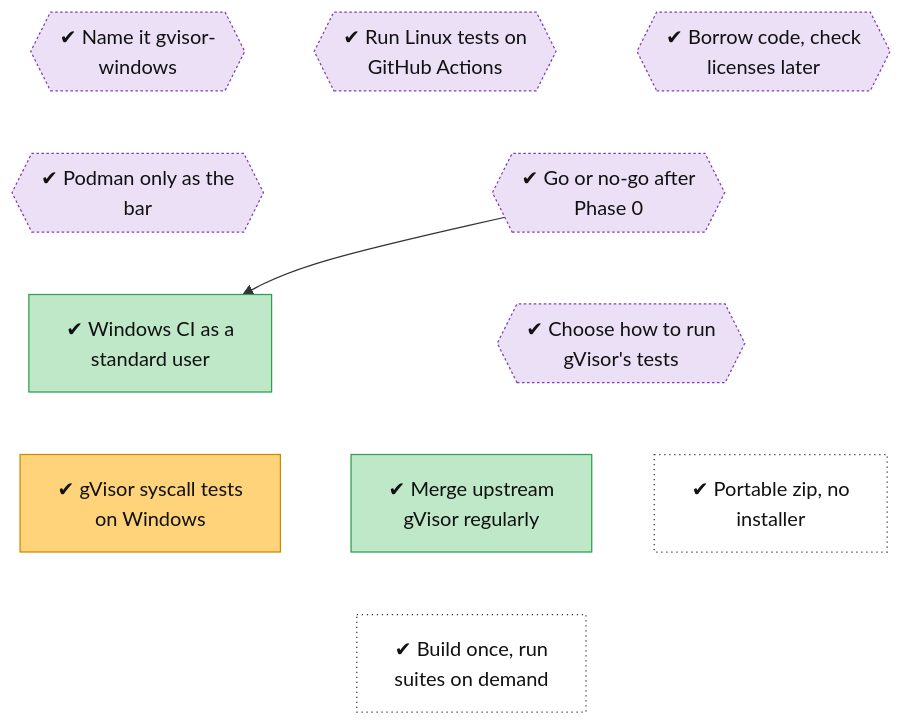
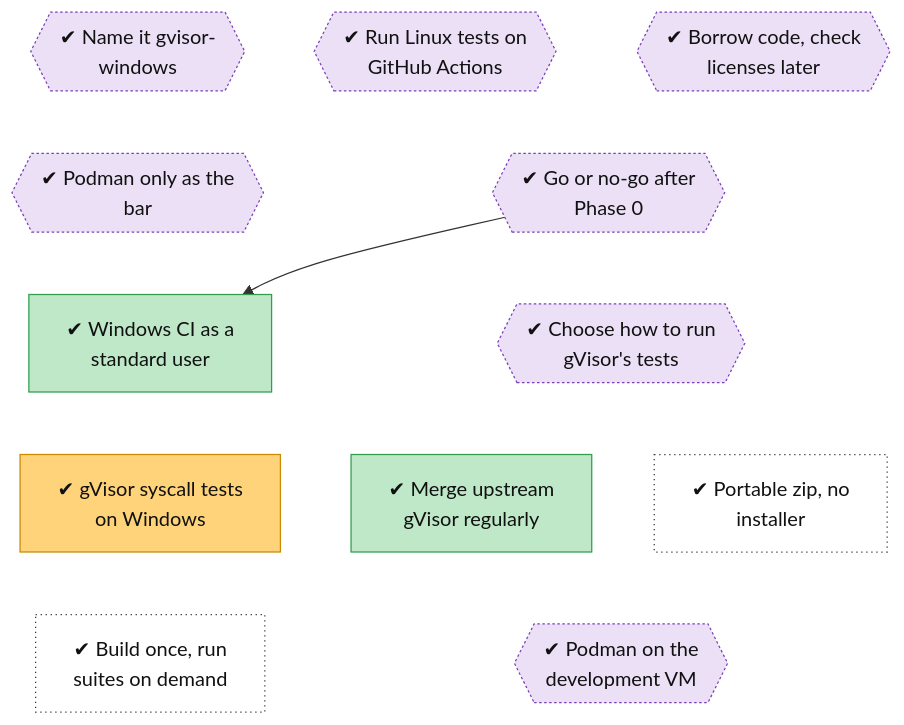
One commit to lhns/gvisor-windows changed the diagram in docs/roadmap/tracks/ops.md. Above: the diagram before and after it, drawn with Mermaid. The commit also changed other lines of this file and 4 other files, not shown here.

First line of the commit message:
Podman on the development VM: all ten steps pass (podman-portable v0.4.0)

````diff
--- a/docs/roadmap/tracks/ops.md
+++ b/docs/roadmap/tracks/ops.md
@@ -10,44 +10,45 @@
 ```mermaid
 flowchart TB
     ops_name_and_fork{{"✔ Name it gvisor-<br/>windows"}}
     ops_linux_tests_on_actions{{"✔ Run Linux tests on<br/>GitHub Actions"}}
     ops_borrow_code{{"✔ Borrow code, check<br/>licenses later"}}
     ops_podman_only_the_bar{{"✔ Podman only as the<br/>bar"}}
     ops_phase0_go_no_go{{"✔ Go or no-go after<br/>Phase 0"}}
     ops_windows_ci_standard_user["✔ Windows CI as a<br/>standard user"]
     ops_syscall_test_strategy{{"✔ Choose how to run<br/>gVisor's tests"}}
     ops_syscall_tests_on_windows["✔ gVisor syscall tests<br/>on Windows"]
     ops_upstream_merges["✔ Merge upstream<br/>gVisor regularly"]
     ops_portable_packaging["✔ Portable zip, no<br/>installer"]
     ops_ci_build_once["✔ Build once, run<br/>suites on demand"]
+    ops_podman_on_the_dev_vm{{"✔ Podman on the<br/>development VM"}}
     ops_name_and_fork ~~~ ops_podman_only_the_bar
     ops_linux_tests_on_actions ~~~ ops_phase0_go_no_go
     ops_borrow_code ~~~ ops_phase0_go_no_go
     ops_podman_only_the_bar ~~~ ops_windows_ci_standard_user
     ops_phase0_go_no_go ~~~ ops_syscall_test_strategy
     ops_windows_ci_standard_user ~~~ ops_syscall_tests_on_windows
     ops_syscall_test_strategy ~~~ ops_upstream_merges
     ops_syscall_test_strategy ~~~ ops_portable_packaging
     ops_syscall_tests_on_windows ~~~ ops_ci_build_once
-    ops_upstream_merges ~~~ ops_ci_build_once
-    ops_portable_packaging ~~~ ops_ci_build_once
+    ops_upstream_merges ~~~ ops_podman_on_the_dev_vm
+    ops_portable_packaging ~~~ ops_podman_on_the_dev_vm
     ops_phase0_go_no_go --> ops_windows_ci_standard_user
     classDef vsucc fill:#2e9e4f,stroke:#1b6b34,color:#fff
     classDef succ fill:#bfe8c8,stroke:#2e9e4f,color:#111
     classDef mixed fill:#ffd37a,stroke:#c98a00,color:#111
     classDef bad fill:#f28b82,stroke:#b3261e,color:#111
     classDef dead fill:#e6e6e6,stroke:#777,stroke-dasharray:5 5,color:#555
     classDef inprog fill:#a8cdf5,stroke:#1f6fc5,color:#111
     classDef next fill:#fff,stroke:#333,color:#111
     classDef blocked fill:#fff,stroke:#b3261e,stroke-dasharray:2 2,color:#111
     classDef parked fill:#f3f3f3,stroke:#999,color:#555
     classDef unrated fill:#fff,stroke:#333,stroke-dasharray:1 3,color:#111
     classDef gate fill:#d9c2f0,stroke:#7b3fb5,color:#111
     classDef decided fill:#ece0f7,stroke:#7b3fb5,stroke-dasharray:2 2,color:#111
     classDef finding fill:#ffe0b2,stroke:#d84315,stroke-width:2px,color:#111
     classDef waiting fill:#e3f2fd,stroke:#1f6fc5,stroke-dasharray:5 5,color:#111
-    class ops_name_and_fork,ops_linux_tests_on_actions,ops_borrow_code,ops_podman_only_the_bar,ops_phase0_go_no_go,ops_syscall_test_strategy decided
+    class ops_name_and_fork,ops_linux_tests_on_actions,ops_borrow_code,ops_podman_only_the_bar,ops_phase0_go_no_go,ops_syscall_test_strategy,ops_podman_on_the_dev_vm decided
     class ops_windows_ci_standard_user,ops_upstream_merges succ
     class ops_syscall_tests_on_windows mixed
     class ops_portable_packaging,ops_ci_build_once unrated
 ```
````
